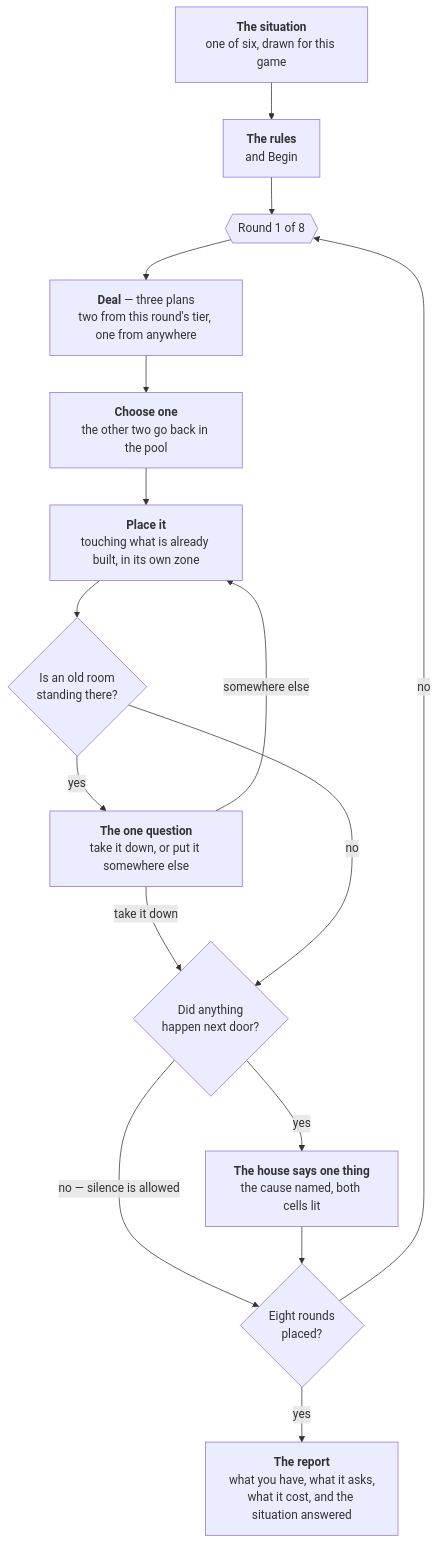
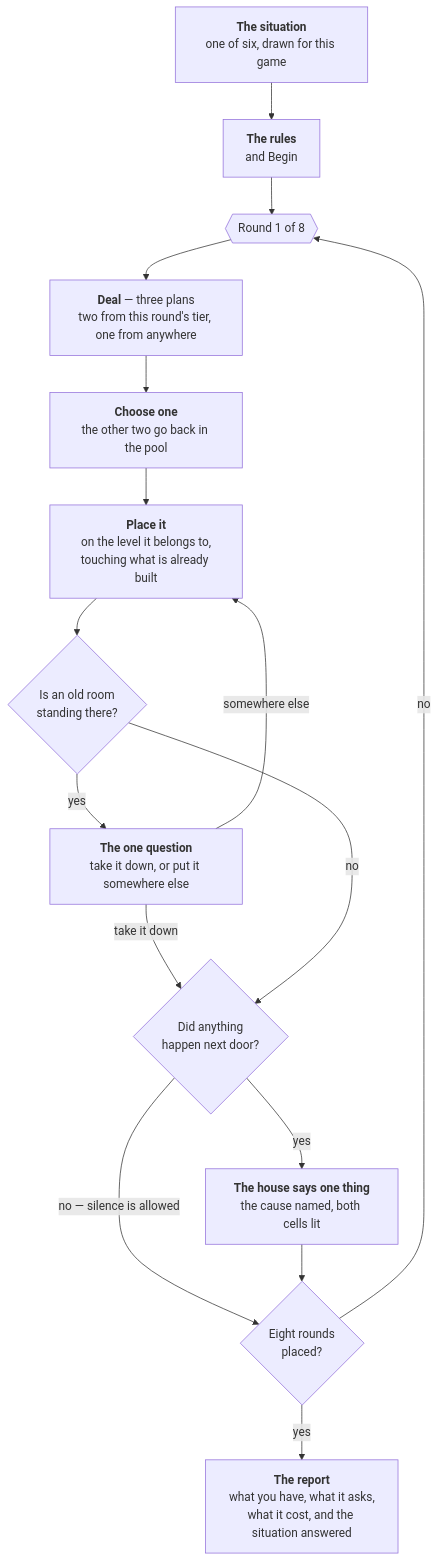
One commit to PlayableStories/building-on-game changed the diagram in GAME-FLOW.md. Above: the diagram before and after it, drawn with Mermaid. The commit also changed other lines of this file and 33 other files, not shown here.

````diff
--- a/GAME-FLOW.md
+++ b/GAME-FLOW.md
@@ -20,18 +20,18 @@
 ```mermaid
 flowchart TD
     A["<b>The situation</b><br/>one of six, drawn for this game"] --> B["<b>The rules</b><br/>and Begin"]
     B --> C{{"Round 1 of 8"}}
     C --> D["<b>Deal</b> — three plans<br/>two from this round's tier, one from anywhere"]
     D --> E["<b>Choose one</b><br/>the other two go back in the pool"]
-    E --> F["<b>Place it</b><br/>touching what is already built, in its own zone"]
+    E --> F["<b>Place it</b><br/>on the level it belongs to,<br/>touching what is already built"]
     F --> G{"Is an old room<br/>standing there?"}
     G -- yes --> H["<b>The one question</b><br/>take it down, or put it somewhere else"]
     H -- "somewhere else" --> F
     H -- "take it down" --> I
     G -- no --> I{"Did anything<br/>happen next door?"}
     I -- yes --> J["<b>The house says one thing</b><br/>the cause named, both cells lit"]
     I -- "no — silence is allowed" --> K
     J --> K{"Eight rounds<br/>placed?"}
     K -- no --> C
     K -- yes --> L["<b>The report</b><br/>what you have, what it asks,<br/>what it cost, and the situation answered"]
 ```
````
